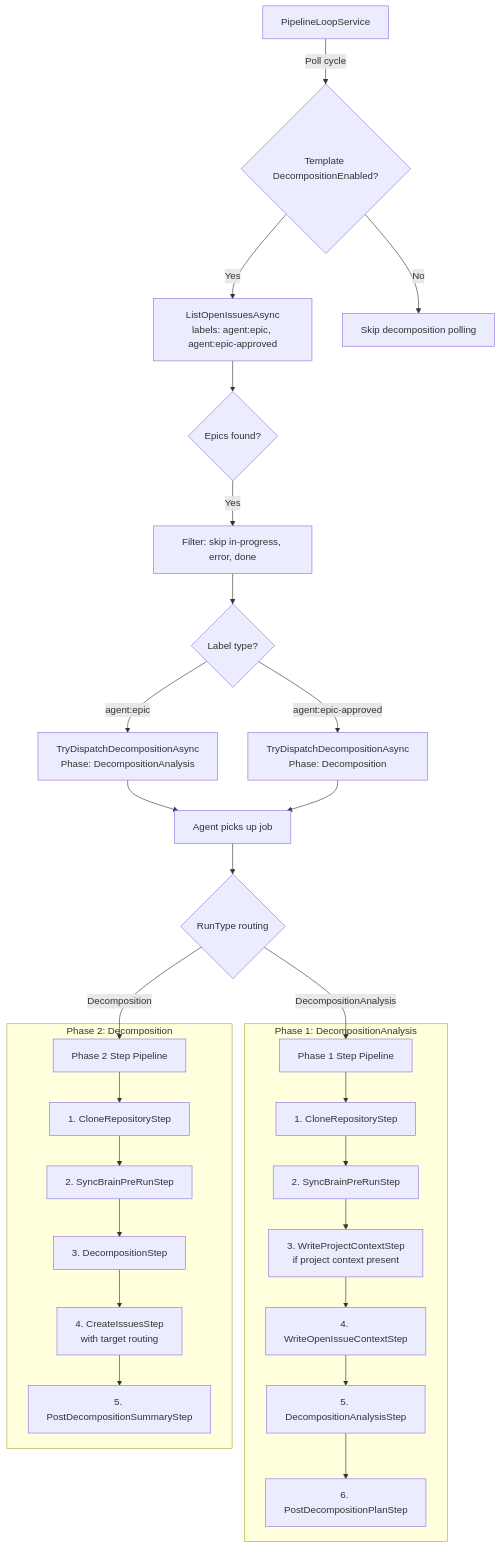
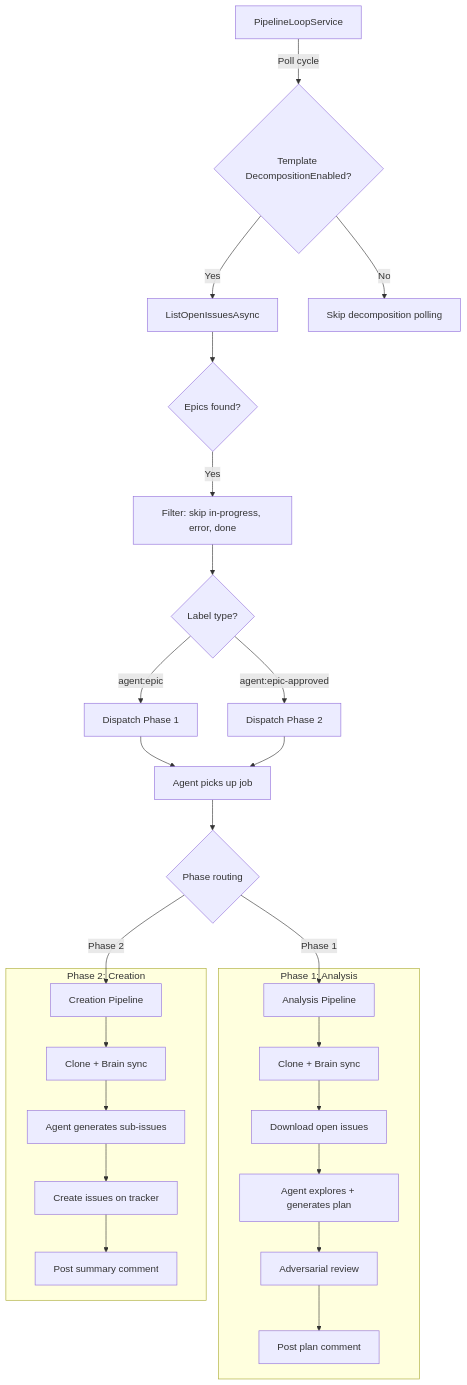
The eighth of 9 diagrams in docs/pipeline-orchestration.md (Chemsorly/coding-agent-automation), drawn with Mermaid before and after one commit. The commit also changed other lines of this file and 12 other files, not shown here.

````diff
--- a/docs/pipeline-orchestration.md
+++ b/docs/pipeline-orchestration.md
@@ -714,33 +457,31 @@
 ```mermaid
 flowchart TD
     A[PipelineLoopService] -->|Poll cycle| B{Template DecompositionEnabled?}
-    B -->|Yes| C[ListOpenIssuesAsync<br/>labels: agent:epic, agent:epic-approved]
+    B -->|Yes| C[ListOpenIssuesAsync]
     B -->|No| D[Skip decomposition polling]
     C --> E{Epics found?}
     E -->|Yes| F[Filter: skip in-progress, error, done]
     F --> G{Label type?}
-    G -->|agent:epic| H[TryDispatchDecompositionAsync<br/>Phase: DecompositionAnalysis]
-    G -->|agent:epic-approved| I[TryDispatchDecompositionAsync<br/>Phase: Decomposition]
+    G -->|agent:epic| H[Dispatch Phase 1]
+    G -->|agent:epic-approved| I[Dispatch Phase 2]
     H --> J[Agent picks up job]
     I --> J
-    J --> K{RunType routing}
-    K -->|DecompositionAnalysis| L[Phase 1 Step Pipeline]
-    K -->|Decomposition| M[Phase 2 Step Pipeline]
+    J --> K{Phase routing}
+    K -->|Phase 1| L[Analysis Pipeline]
+    K -->|Phase 2| M[Creation Pipeline]
 
-    subgraph "Phase 1: DecompositionAnalysis"
-        L --> P1S1[1. CloneRepositoryStep]
-        P1S1 --> P1S2[2. SyncBrainPreRunStep]
-        P1S2 --> P1S2b[3. WriteProjectContextStep<br/>if project context present]
-        P1S2b --> P1S3[4. WriteOpenIssueContextStep]
-        P1S3 --> P1S4[5. DecompositionAnalysisStep]
-        P1S4 --> P1S5[6. PostDecompositionPlanStep]
+    subgraph "Phase 1: Analysis"
+        L --> P1S1[Clone + Brain sync]
+        P1S1 --> P1S2[Download open issues]
+        P1S2 --> P1S3[Agent explores + generates plan]
+        P1S3 --> P1S4[Adversarial review]
+        P1S4 --> P1S5[Post plan comment]
     end
 
-    subgraph "Phase 2: Decomposition"
-        M --> P2S1[1. CloneRepositoryStep]
-        P2S1 --> P2S2[2. SyncBrainPreRunStep]
-        P2S2 --> P2S3[3. DecompositionStep]
-        P2S3 --> P2S4[4. CreateIssuesStep<br/>with target routing]
-        P2S4 --> P2S5[5. PostDecompositionSummaryStep]
+    subgraph "Phase 2: Creation"
+        M --> P2S1[Clone + Brain sync]
+        P2S1 --> P2S2[Agent generates sub-issues]
+        P2S2 --> P2S3[Create issues on tracker]
+        P2S3 --> P2S4[Post summary comment]
     end
 ```
````
